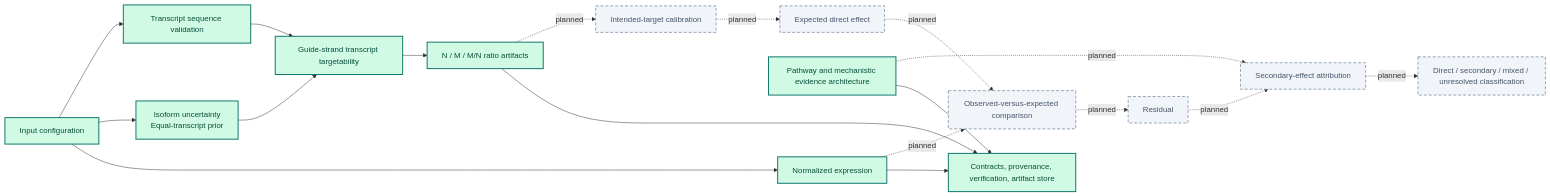
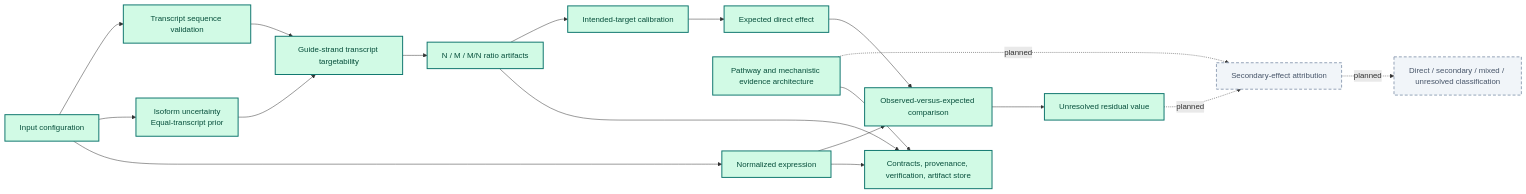
One commit to tay45/sirna-offtarget-analysis-harness changed the diagram in docs/architecture_current_and_planned.md. Above: the diagram before and after it, drawn with Mermaid. The commit also changed 42 other files, not shown here.

Commit message:
Add validated expected direct effect evidence stage

````diff
--- a/docs/architecture_current_and_planned.md
+++ b/docs/architecture_current_and_planned.md
@@ -6,39 +6,39 @@
 ```mermaid
 flowchart LR
   classDef done fill:#d1fae5,stroke:#0f766e,stroke-width:2px,color:#064e3b
   classDef planned fill:#f1f5f9,stroke:#94a3b8,stroke-width:2px,stroke-dasharray: 6 4,color:#475569
 
   cfg["Input configuration"]:::done
   expr["Normalized expression"]:::done
   iso["Isoform uncertainty<br/>Equal-transcript prior"]:::done
   seq["Transcript sequence validation"]:::done
   targ["Guide-strand transcript targetability"]:::done
   ratio["N / M / M/N ratio artifacts"]:::done
   path["Pathway and mechanistic evidence architecture"]:::done
   store["Contracts, provenance, verification, artifact store"]:::done
 
-  cal["Intended-target calibration"]:::planned
-  exp["Expected direct effect"]:::planned
-  comp["Observed-versus-expected comparison"]:::planned
-  res["Residual"]:::planned
+  cal["Intended-target calibration"]:::done
+  exp["Expected direct effect"]:::done
+  comp["Observed-versus-expected comparison"]:::done
+  res["Unresolved residual value"]:::done
   sec["Secondary-effect attribution"]:::planned
   cls["Direct / secondary / mixed / unresolved classification"]:::planned
 
   cfg --> expr
   cfg --> iso
   cfg --> seq
   expr --> store
   iso --> targ
   seq --> targ
   targ --> ratio
   ratio --> store
   path --> store
-  expr -. planned .-> comp
-  ratio -. planned .-> cal
-  cal -. planned .-> exp
-  exp -. planned .-> comp
-  comp -. planned .-> res
+  expr --> comp
+  ratio --> cal
+  cal --> exp
+  exp --> comp
+  comp --> res
   path -. planned .-> sec
   res -. planned .-> sec
   sec -. planned .-> cls
 ```
````
